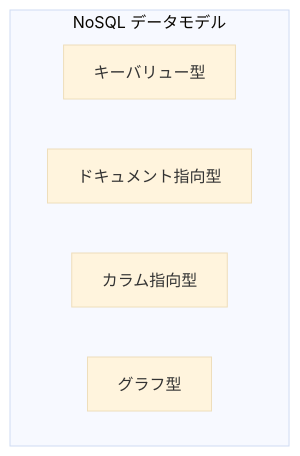
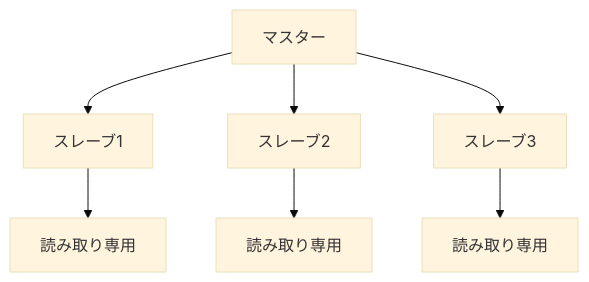
Before and after one commit to YU-Kawasaki-05/develop-materials: the third of 5 diagrams in learning/01_Development_Basic/013_Database_Basic/0133_NoSQL_Database.md, drawn with Mermaid (base theme). The commit also changed other lines of this file and 1 other file, not shown here.

````diff
--- a/learning/01_Development_Basic/013_Database_Basic/0133_NoSQL_Database.md
+++ b/learning/01_Development_Basic/013_Database_Basic/0133_NoSQL_Database.md
@@ -35,9 +776,10 @@
 ```mermaid
 graph TD
-    subgraph "NoSQL データモデル"
-        A[キーバリュー型]
-        B[ドキュメント指向型]
-        C[カラム指向型]
-        D[グラフ型]
-    end
+    A[マスター] --> B[スレーブ1]
+    A --> C[スレーブ2]
+    A --> D[スレーブ3]
+    
+    B --> B1[読み取り専用]
+    C --> C1[読み取り専用]
+    D --> D1[読み取り専用]
 ```
````
